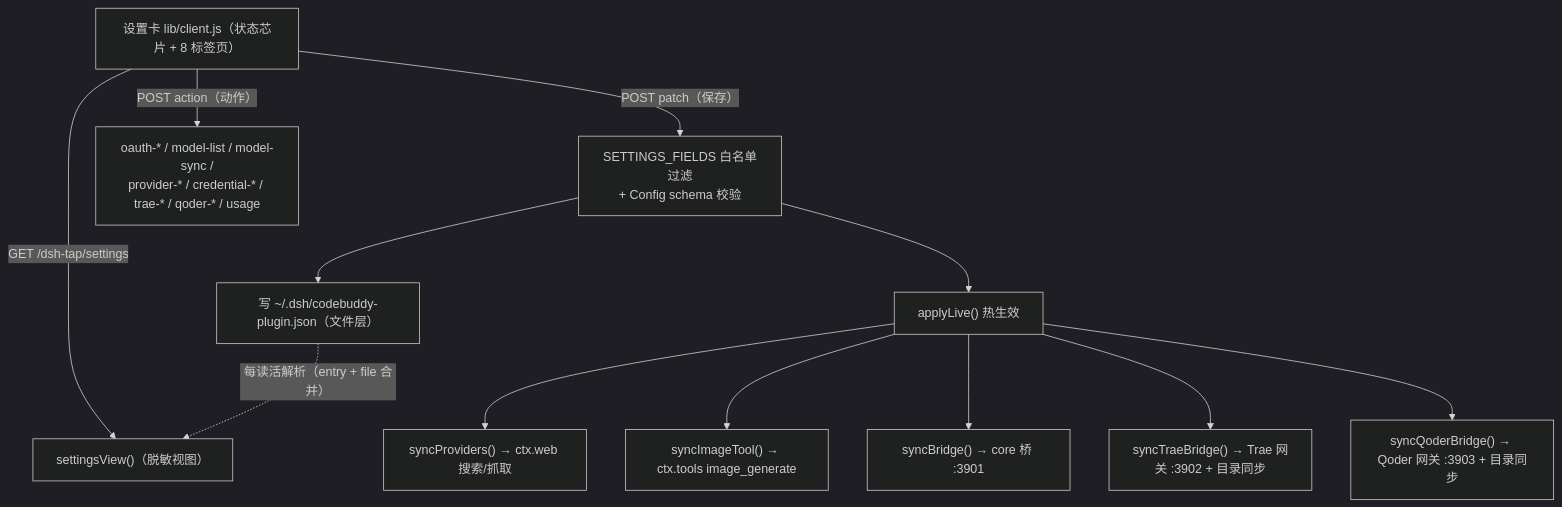
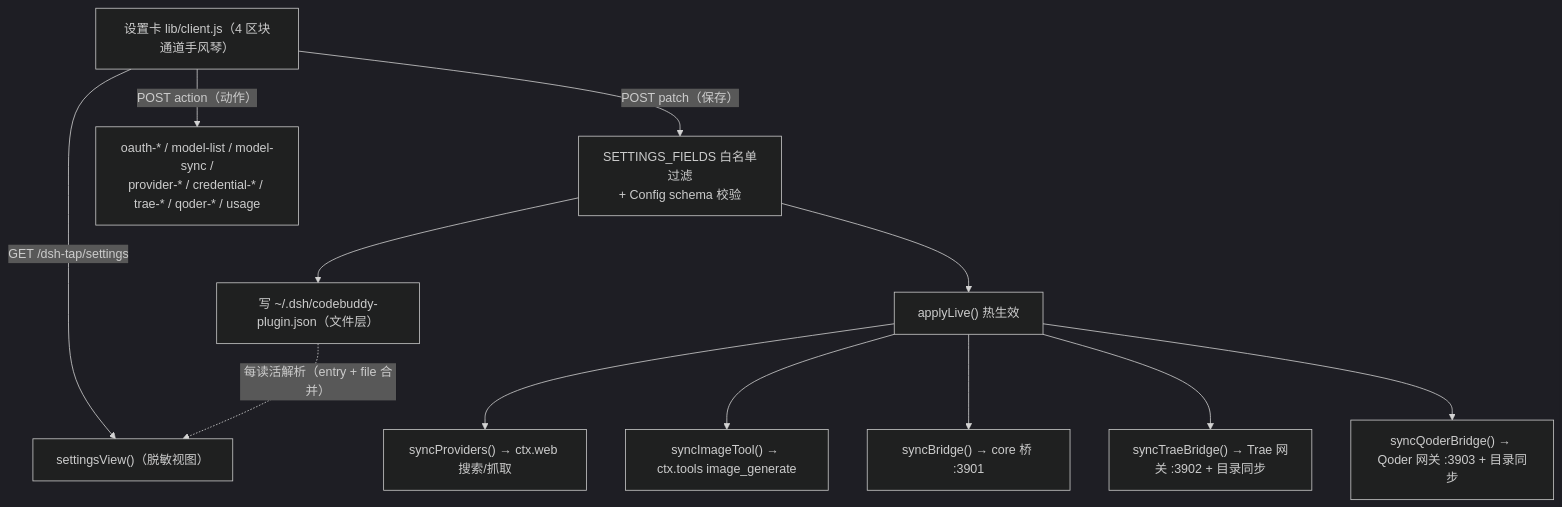
The fifth of 5 diagrams in wiki/01-architecture.md (taikaikaikai-pixel/dsh-codebuddy-plugin), drawn with Mermaid (dark theme) before and after one commit. The commit also changed other lines of this file and 12 other files, not shown here.

````diff
--- a/wiki/01-architecture.md
+++ b/wiki/01-architecture.md
@@ -171,15 +171,15 @@
 ```mermaid
 flowchart TB
-    CARD["设置卡 lib/client.js（状态芯片 + 8 标签页）"]
+    CARD["设置卡 lib/client.js（4 区块通道手风琴）"]
     CARD -->|"GET /dsh-tap/settings"| VIEW["settingsView()（脱敏视图）"]
     CARD -->|"POST patch（保存）"| MERGE["SETTINGS_FIELDS 白名单过滤<br/>+ Config schema 校验"]
     CARD -->|"POST action（动作）"| ACT["oauth-* / model-list / model-sync /<br/>provider-* / credential-* / trae-* / qoder-* / usage"]
     MERGE --> FILE["写 ~/.dsh/codebuddy-plugin.json（文件层）"]
     FILE -.->|"每读活解析（entry + file 合并）"| VIEW
     MERGE --> LIVE["applyLive() 热生效"]
     LIVE --> S1["syncProviders() → ctx.web 搜索/抓取"]
     LIVE --> S2["syncImageTool() → ctx.tools image_generate"]
     LIVE --> S3["syncBridge() → core 桥 :3901"]
     LIVE --> S4["syncTraeBridge() → Trae 网关 :3902 + 目录同步"]
     LIVE --> S5["syncQoderBridge() → Qoder 网关 :3903 + 目录同步"]
 ```
````
